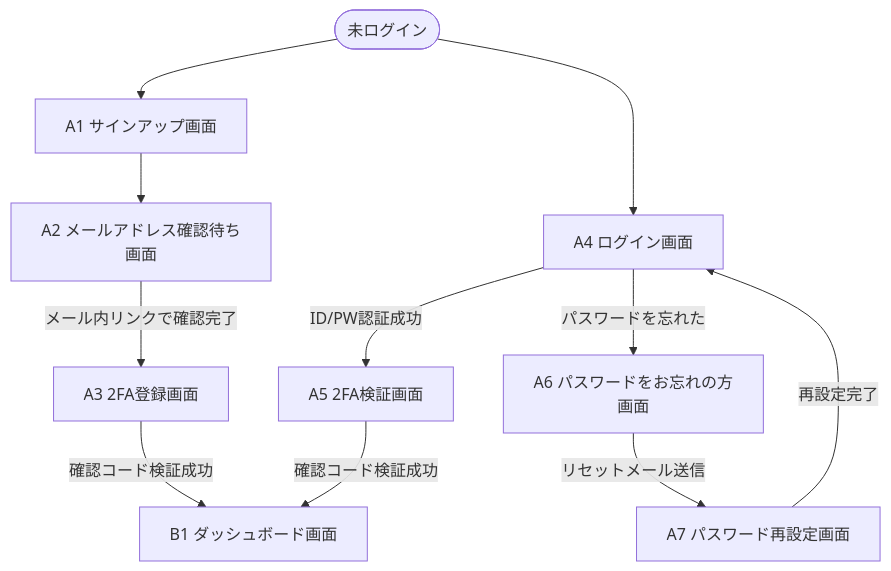
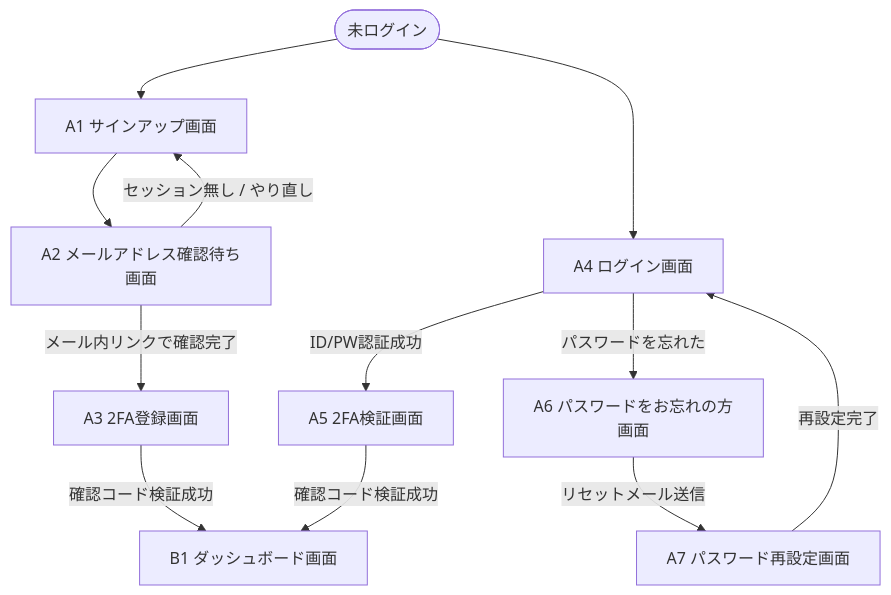
One commit to KunitoObara/FIRE_FIRE changed the first of 2 diagrams in docs/screen-list-and-transitions.md. Above: the diagram before and after it, drawn with Mermaid. The commit also changed 8 other files, not shown here.

````diff
--- a/docs/screen-list-and-transitions.md
+++ b/docs/screen-list-and-transitions.md
@@ -69,15 +69,16 @@
 ```mermaid
 flowchart TD
     Start([未ログイン]) --> Login[A4 ログイン画面]
     Start --> Signup[A1 サインアップ画面]
 
     Signup --> VerifyWait[A2 メールアドレス確認待ち画面]
     VerifyWait -->|メール内リンクで確認完了| MFASetup[A3 2FA登録画面]
+    VerifyWait -->|セッション無し / やり直し| Signup
     MFASetup -->|確認コード検証成功| Dashboard[B1 ダッシュボード画面]
 
     Login -->|ID/PW認証成功| MFAVerify[A5 2FA検証画面]
     MFAVerify -->|確認コード検証成功| Dashboard
     Login -->|パスワードを忘れた| Forgot[A6 パスワードをお忘れの方画面]
     Forgot -->|リセットメール送信| ResetPw[A7 パスワード再設定画面]
     ResetPw -->|再設定完了| Login
 ```
````
